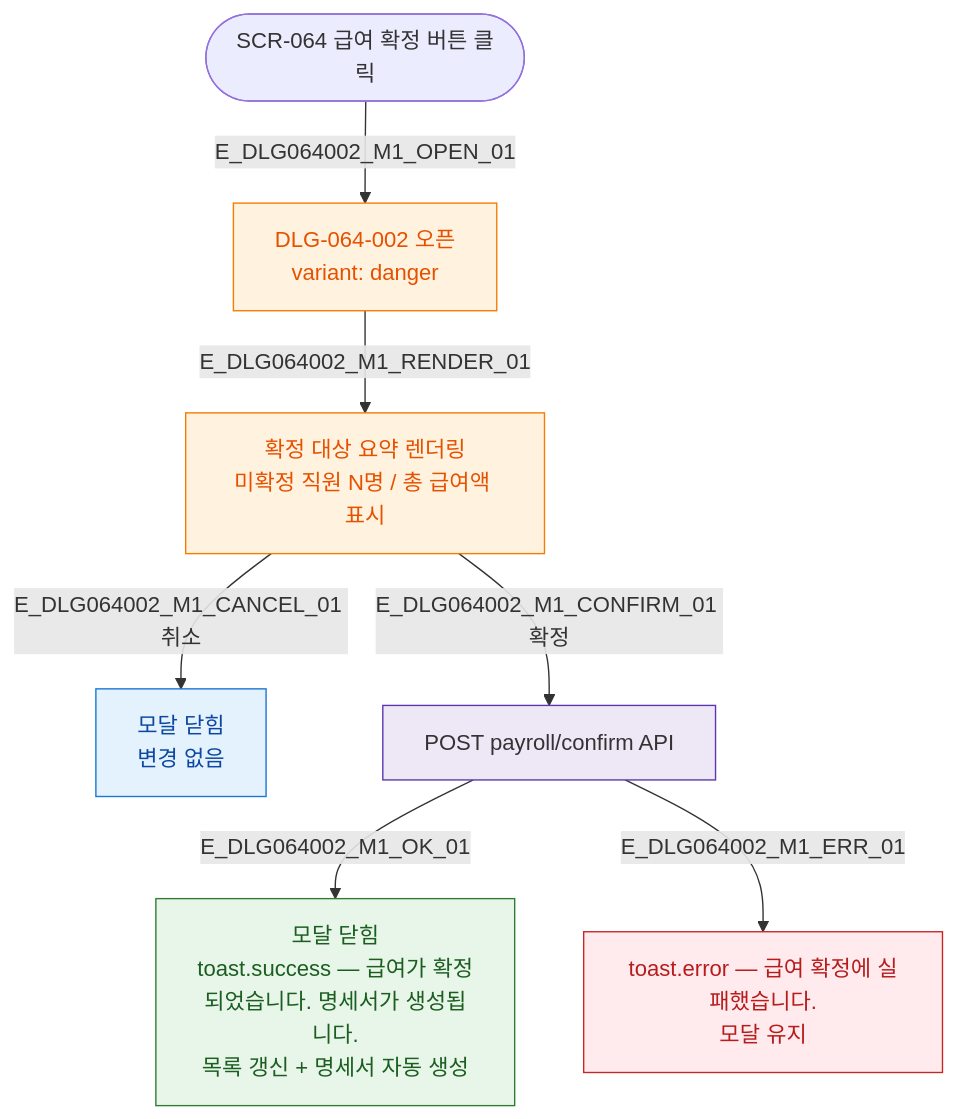
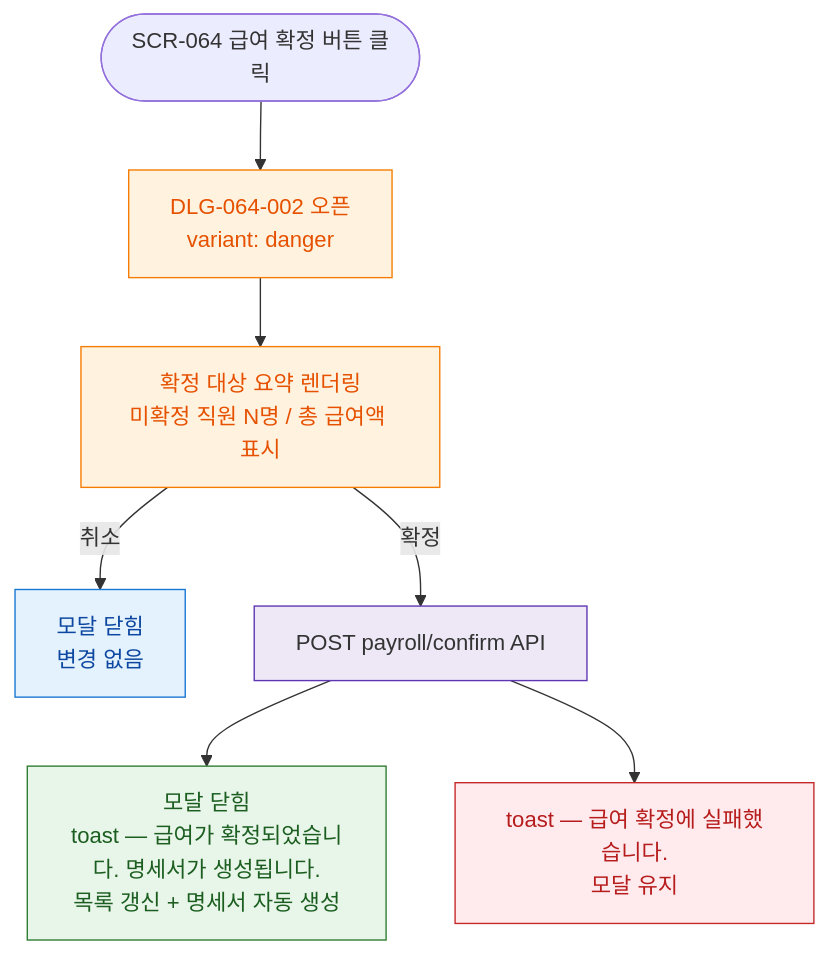
The diagram in docs/다이어그램/D07_직원관리/DLG/DLG-064-002/M1_모달생명주기.md (dev-spogym/admin-pando), drawn with Mermaid before and after one commit. The commit also changed other lines of this file and 1660 other files, not shown here.

First line of the commit message:
다이어그램: 기획자/클라이언트 납품본으로 정리

````diff
--- a/docs/다이어그램/D07_직원관리/DLG/DLG-064-002/M1_모달생명주기.md
+++ b/docs/다이어그램/D07_직원관리/DLG/DLG-064-002/M1_모달생명주기.md
@@ -14,25 +12,25 @@
 ```mermaid
 flowchart TD
   TRIGGER([SCR-064 급여 확정 버튼 클릭])
-  TRIGGER -->|E_DLG064002_M1_OPEN_01| OPEN[DLG-064-002 오픈\nvariant: danger]
+  TRIGGER --> OPEN[DLG-064-002 오픈\nvariant: danger]
 
-  OPEN -->|E_DLG064002_M1_RENDER_01| RENDER[확정 대상 요약 렌더링\n미확정 직원 N명 / 총 급여액 표시]
+  OPEN --> RENDER[확정 대상 요약 렌더링\n미확정 직원 N명 / 총 급여액 표시]
 
-  RENDER -->|E_DLG064002_M1_CANCEL_01 취소| CLOSE_CANCEL[모달 닫힘\n변경 없음]
-  RENDER -->|E_DLG064002_M1_CONFIRM_01 확정| SUBMIT[POST payroll/confirm API]
+  RENDER -->|취소|CLOSE_CANCEL[모달 닫힘\n변경 없음]
+  RENDER -->|확정|SUBMIT[POST payroll/confirm API]
 
-  SUBMIT -->|E_DLG064002_M1_OK_01| CLOSE_OK[모달 닫힘\ntoast.success — 급여가 확정되었습니다. 명세서가 생성됩니다.\n목록 갱신 + 명세서 자동 생성]
-  SUBMIT -->|E_DLG064002_M1_ERR_01| ERR[toast.error — 급여 확정에 실패했습니다.\n모달 유지]
+  SUBMIT --> CLOSE_OK[모달 닫힘\ntoast — 급여가 확정되었습니다. 명세서가 생성됩니다.\n목록 갱신 + 명세서 자동 생성]
+  SUBMIT --> ERR[toast — 급여 확정에 실패했습니다.\n모달 유지]
 
-  classDef screen  fill:#E3F2FD,stroke:#1976D2,color:#0D47A1
-  classDef modal   fill:#FFF3E0,stroke:#F57C00,color:#E65100
+  classDef screen fill:#E3F2FD,stroke:#1976D2,color:#0D47A1
+  classDef modal fill:#FFF3E0,stroke:#F57C00,color:#E65100
   classDef success fill:#E8F5E9,stroke:#2E7D32,color:#1B5E20
-  classDef error   fill:#FFEBEE,stroke:#C62828,color:#B71C1C
-  classDef system  fill:#EDE7F6,stroke:#5E35B2
+  classDef error fill:#FFEBEE,stroke:#C62828,color:#B71C1C
+  classDef system fill:#EDE7F6,stroke:#5E35B2
 
   class OPEN,RENDER modal
   class CLOSE_OK success
   class ERR error
   class SUBMIT system
   class CLOSE_CANCEL screen
 ```
````
